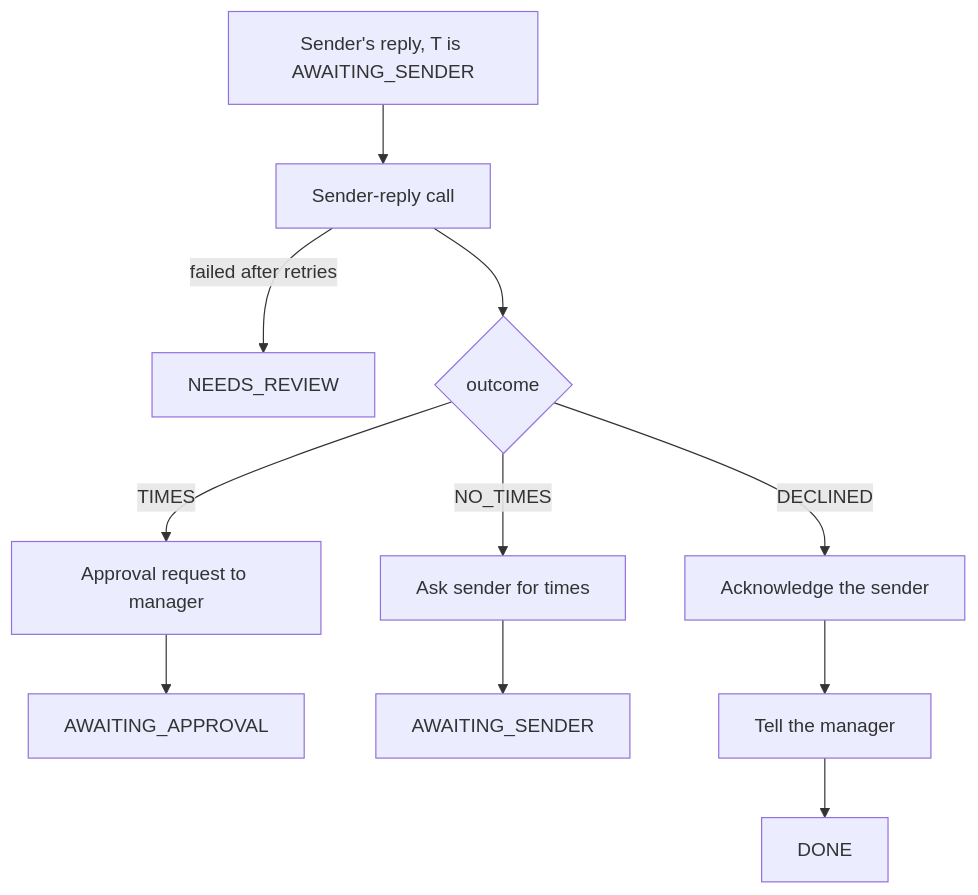
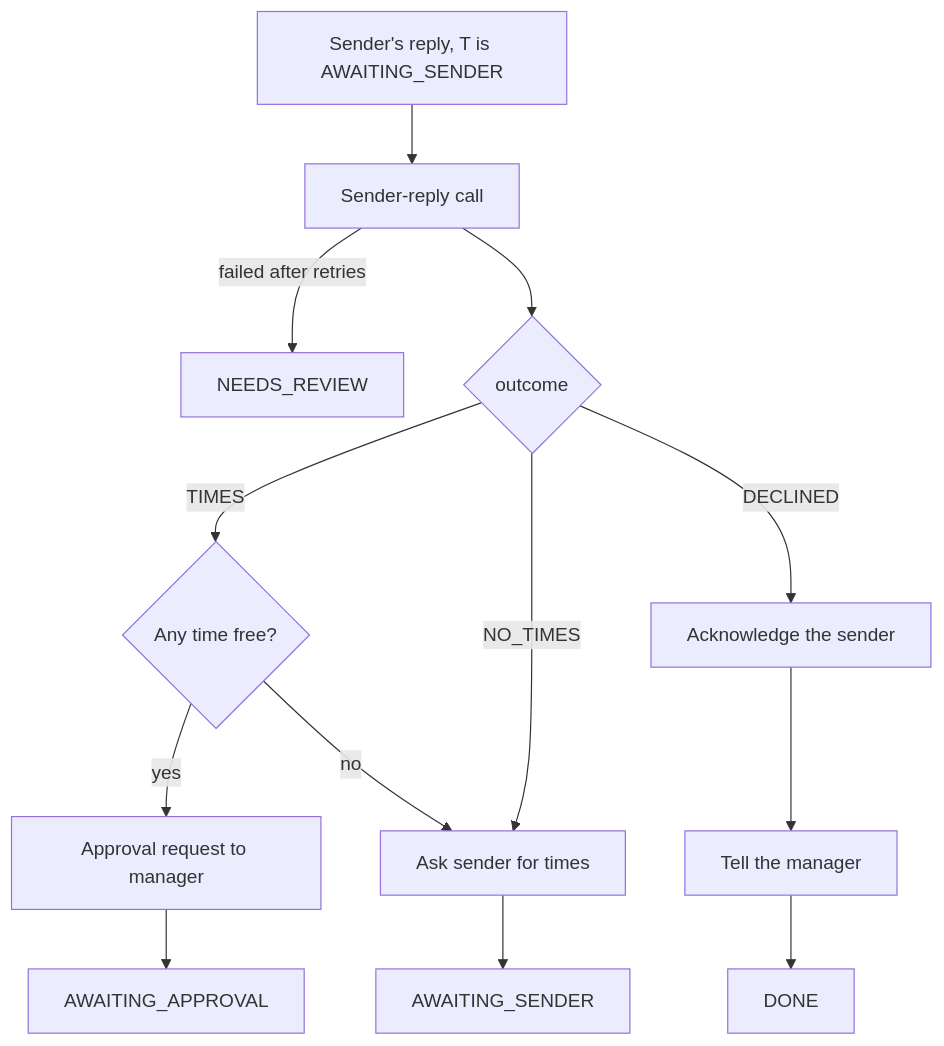
Before and after one commit to andreicaminschi/ai-email-assistant: the fourth of 4 diagrams in docs/approval.md, drawn with Mermaid. The commit also changed other lines of this file, not shown here.

Commit message:
docs: approval calendar checks

````diff
--- a/docs/approval.md
+++ b/docs/approval.md
@@ -190,13 +234,15 @@
 ```mermaid
 flowchart TD
     R[Sender's reply, T is AWAITING_SENDER] --> C[Sender-reply call]
     C -- failed after retries --> NR[NEEDS_REVIEW]
     C --> X{outcome}
-    X -- TIMES --> AR[Approval request to manager]
+    X -- TIMES --> FB{Any time free?}
+    FB -- yes --> AR[Approval request to manager]
     AR --> AA[AWAITING_APPROVAL]
+    FB -- no --> AT
     X -- NO_TIMES --> AT[Ask sender for times]
     AT --> AS[AWAITING_SENDER]
     X -- DECLINED --> AK[Acknowledge the sender]
     AK --> TM[Tell the manager]
     TM --> DN[DONE]
 ```
````
